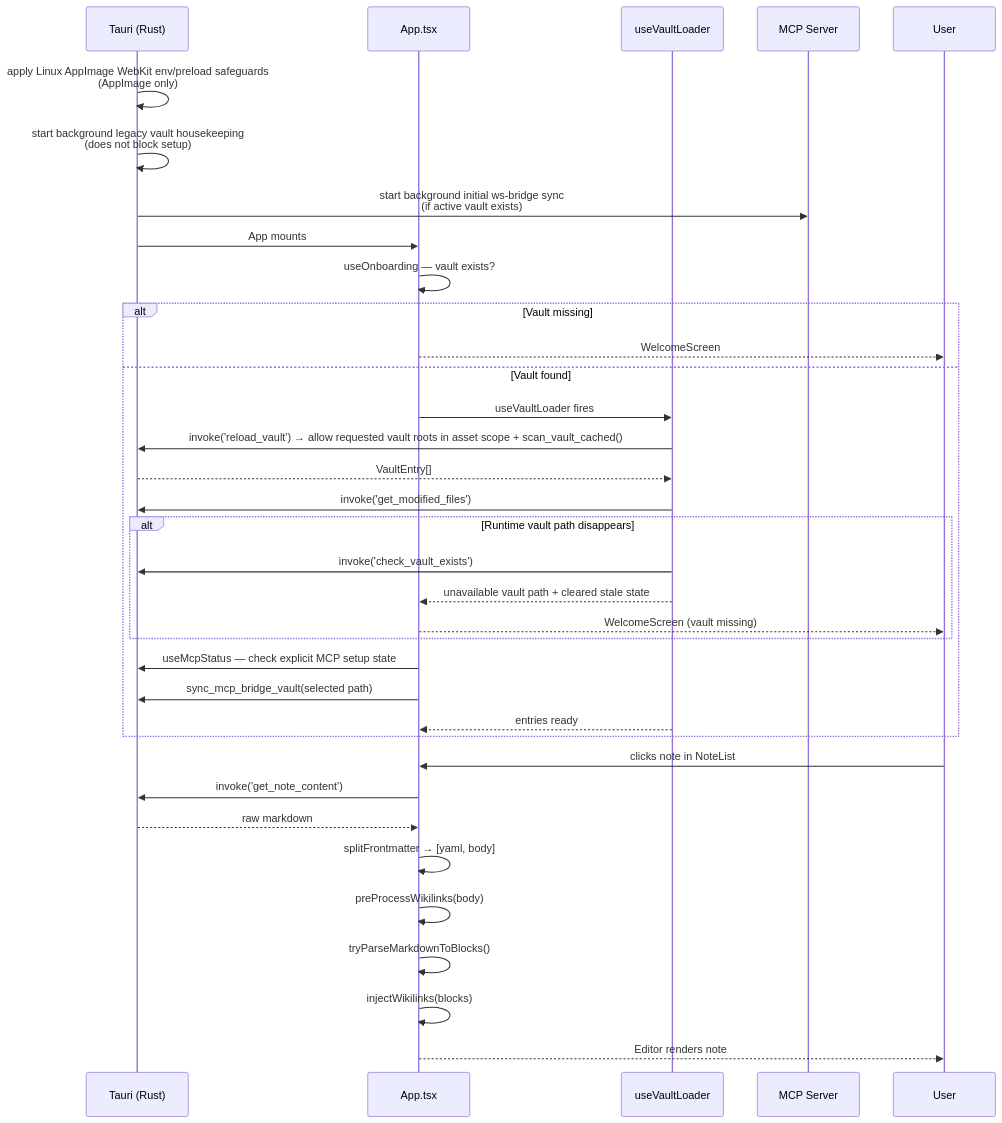
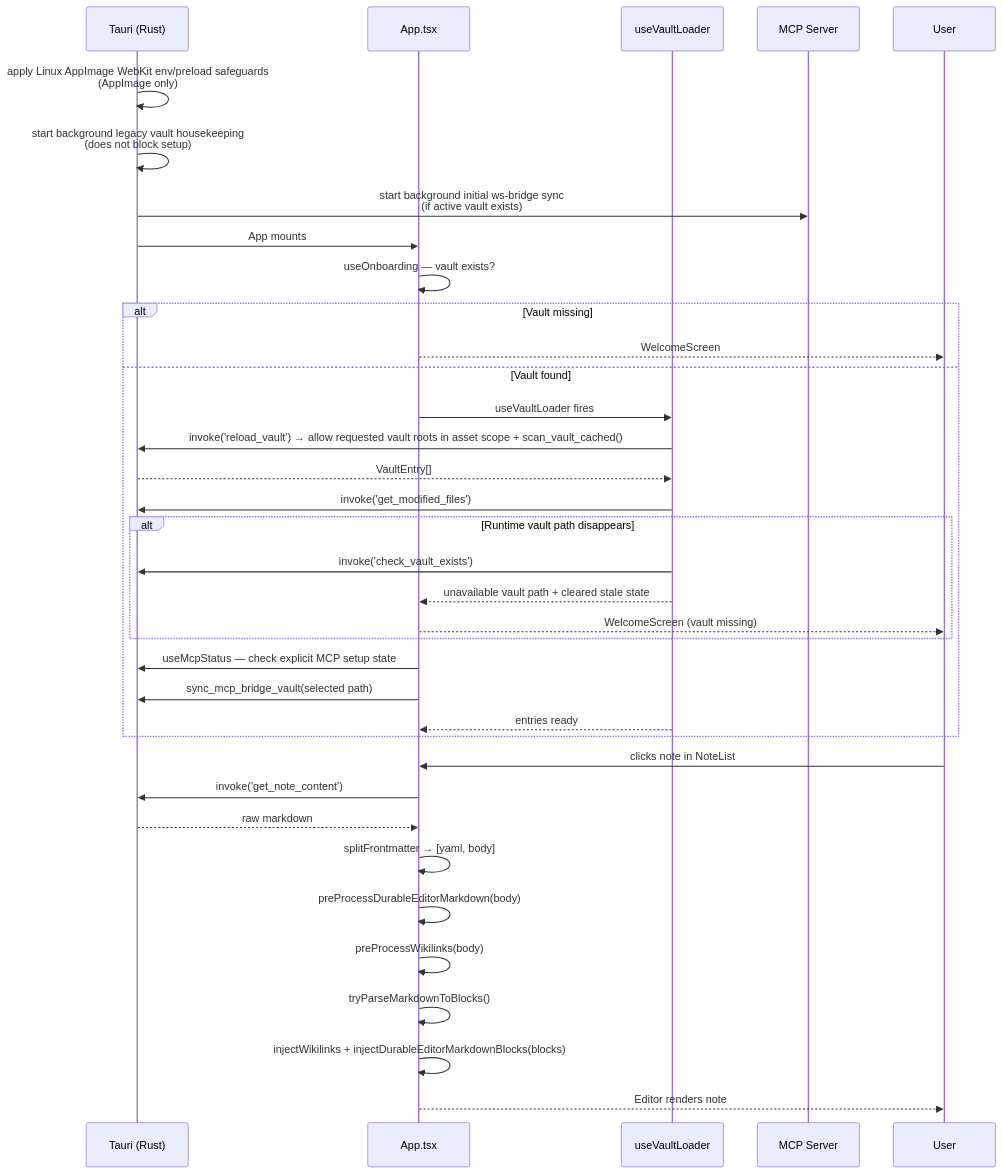
Before and after one commit to aimeritething/Fuwa: the seventh of 10 diagrams in docs/ARCHITECTURE.md, drawn with Mermaid. The commit also changed 12 other files, not shown here.

Commit message:
refactor(editor): share durable block codecs

````diff
--- a/docs/ARCHITECTURE.md
+++ b/docs/ARCHITECTURE.md
@@ -547,40 +547,41 @@
 ```mermaid
 sequenceDiagram
     participant T as Tauri (Rust)
     participant A as App.tsx
     participant VL as useVaultLoader
     participant MCP as MCP Server
     participant U as User
 
     T->>T: apply Linux AppImage WebKit env/preload safeguards<br/>(AppImage only)
     T->>T: start background legacy vault housekeeping<br/>(does not block setup)
     T->>MCP: start background initial ws-bridge sync<br/>(if active vault exists)
     T->>A: App mounts
 
     A->>A: useOnboarding — vault exists?
     alt Vault missing
         A-->>U: WelcomeScreen
     else Vault found
         A->>VL: useVaultLoader fires
         VL->>T: invoke('reload_vault') → allow requested vault roots in asset scope + scan_vault_cached()
         T-->>VL: VaultEntry[]
         VL->>T: invoke('get_modified_files')
         alt Runtime vault path disappears
             VL->>T: invoke('check_vault_exists')
             VL-->>A: unavailable vault path + cleared stale state
             A-->>U: WelcomeScreen (vault missing)
         end
         A->>T: useMcpStatus — check explicit MCP setup state
         A->>T: sync_mcp_bridge_vault(selected path)
         VL-->>A: entries ready
     end
 
     U->>A: clicks note in NoteList
     A->>T: invoke('get_note_content')
     T-->>A: raw markdown
     A->>A: splitFrontmatter → [yaml, body]
+    A->>A: preProcessDurableEditorMarkdown(body)
     A->>A: preProcessWikilinks(body)
     A->>A: tryParseMarkdownToBlocks()
-    A->>A: injectWikilinks(blocks)
+    A->>A: injectWikilinks + injectDurableEditorMarkdownBlocks(blocks)
     A-->>U: Editor renders note
 ```
````
